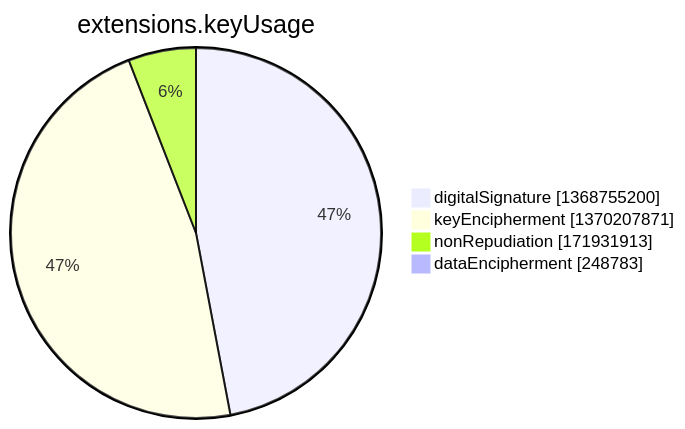
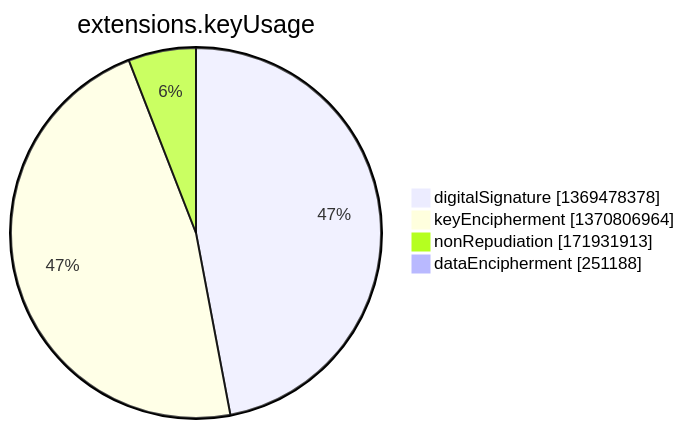
Before and after one commit to christiankrug/ctmonitor_visualization: the seventh of 15 diagrams in argon2022/README.md, drawn with Mermaid. The commit also changed other lines of this file, not shown here.

````diff
--- a/argon2022/README.md
+++ b/argon2022/README.md
@@ -2751,8 +2751,8 @@
 ```mermaid
 pie showData
 title extensions.keyUsage
-"digitalSignature" :1368755200
-"keyEncipherment" :1370207871
+"digitalSignature" :1369478378
+"keyEncipherment" :1370806964
 "nonRepudiation" :171931913
-"dataEncipherment" :248783
+"dataEncipherment" :251188
 ```
````
